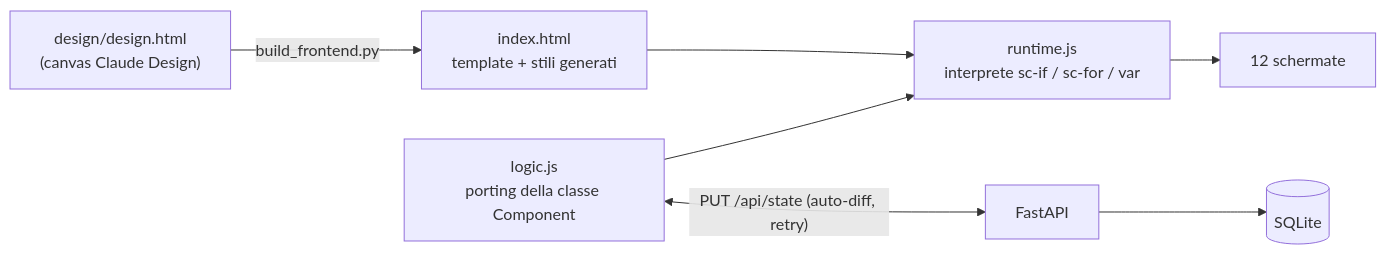
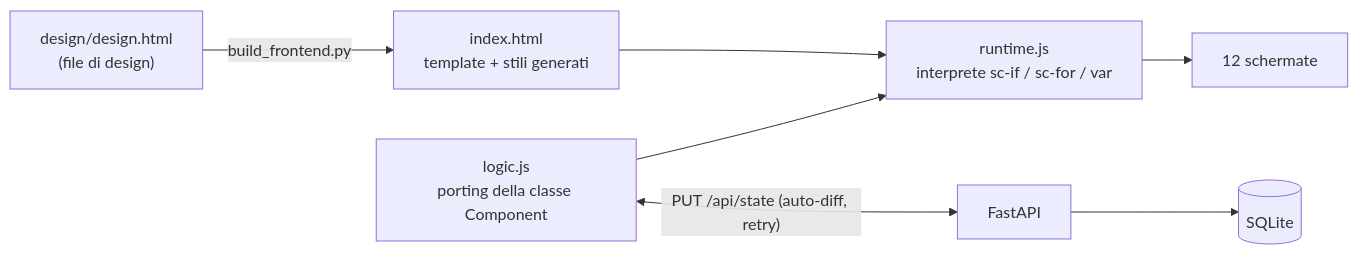
One commit to It-Energy-Ai/Logistica_Gas_Natural_Up_Stream changed the diagram in README.md. Above: the diagram before and after it, drawn with Mermaid. The commit also changed other lines of this file and 4 other files, not shown here.

````diff
--- a/README.md
+++ b/README.md
@@ -36,9 +36,9 @@
 ```mermaid
 flowchart LR
-    D["design/design.html<br>(canvas Claude Design)"] -->|build_frontend.py| T["index.html<br>template + stili generati"]
+    D["design/design.html<br>(file di design)"] -->|build_frontend.py| T["index.html<br>template + stili generati"]
     T --> R["runtime.js<br>interprete sc-if / sc-for / var"]
     L["logic.js<br>porting della classe Component"] --> R
     R --> UI["12 schermate"]
     L <-->|"PUT /api/state (auto-diff, retry)"| B["FastAPI"]
     B --> DB[("SQLite")]
 ```
````
